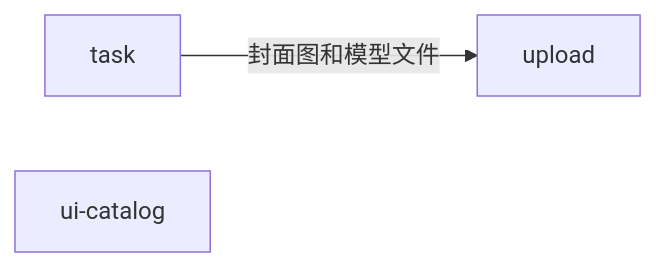
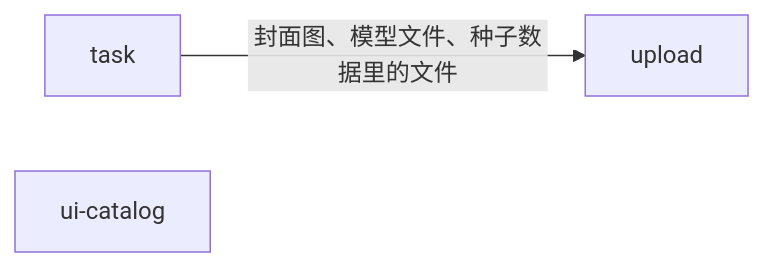
One commit to fhyfhyfhy/next-template changed the diagram in docs/features.md. Above: the diagram before and after it, drawn with Mermaid. The commit also changed other lines of this file and 79 other files, not shown here.

````diff
--- a/docs/features.md
+++ b/docs/features.md
@@ -9,5 +9,5 @@
 ```mermaid
 flowchart LR
-  task[task] -->|封面图和模型文件| upload[upload]
+  task[task] -->|封面图、模型文件、种子数据里的文件| upload[upload]
   catalog[ui-catalog]
 ```
````
